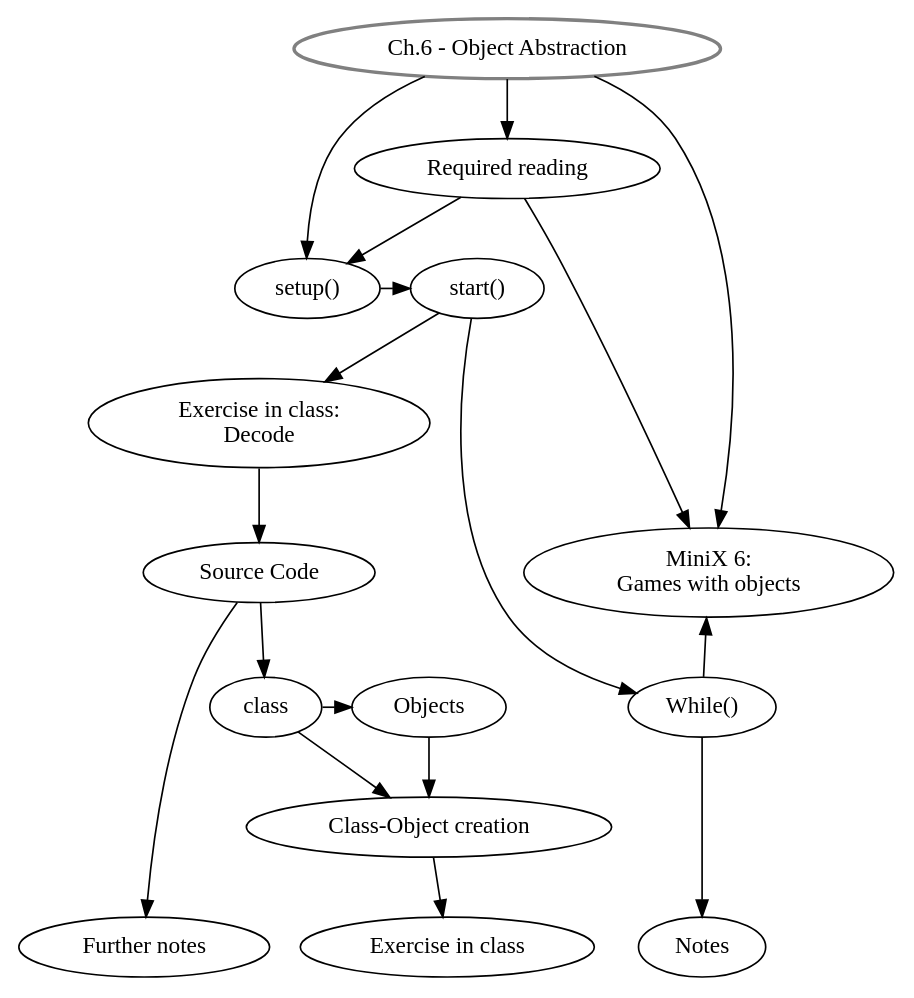
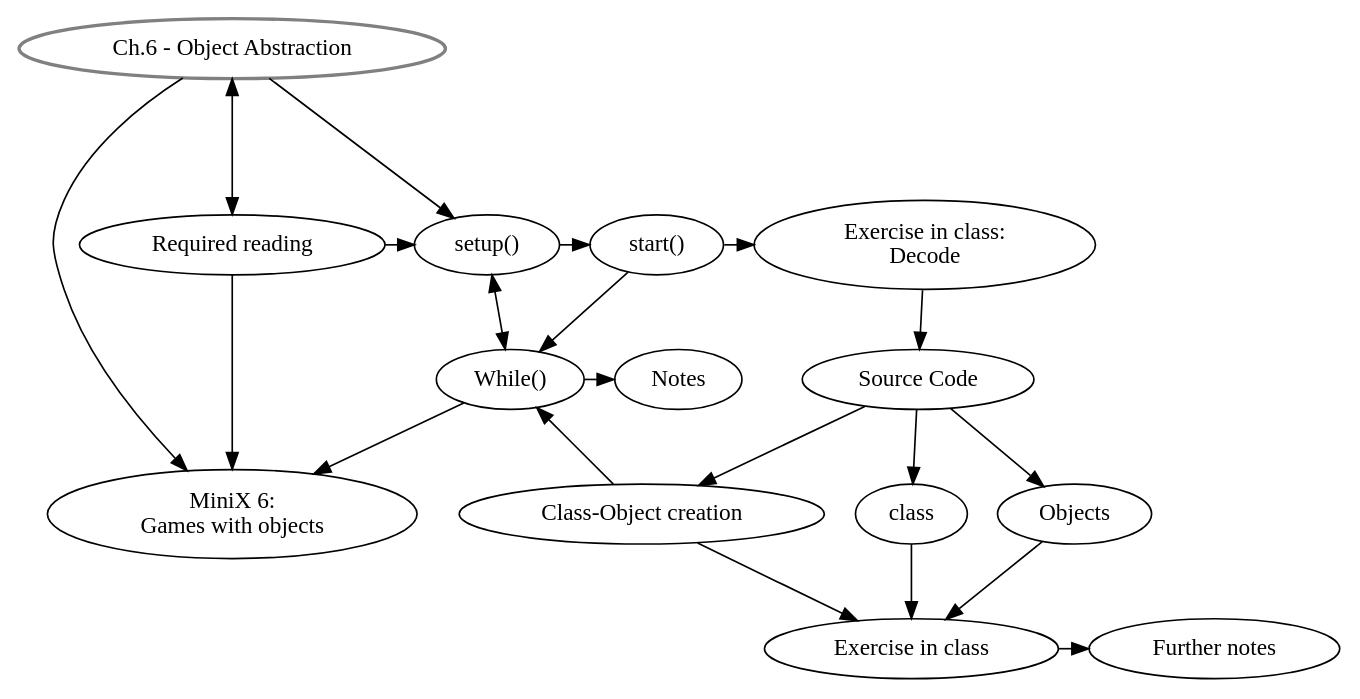
One commit to danbz/aesthetic-programming changed the diagram in graphviz/AP_ch6.dot. Above: the diagram before and after it, drawn with Graphviz. The commit also changed 2 other files, not shown here.

```diff
--- a/graphviz/AP_ch6.dot
+++ b/graphviz/AP_ch6.dot
@@ -1,40 +1,41 @@
 digraph G {
 //labels
 GS [
 label="Ch.6 - Object Abstraction",
 style=bold,
 color=grey,
 ]
 
 SU [label="setup()"]
 ST [label="start()"]
 DE [label="Exercise in class: \nDecode"]
 SC [label="Source Code"]
 CL [label="class"]
 OO [label="Objects"]
 COC [label="Class-Object creation"]
 EiC [label="Exercise in class"]
 FN [label="Further notes"]
 MW [label="While()"]
 MX [label="MiniX 6: \nGames with objects"]
 RR [label="Required reading"]
 Notes [label="Notes"]
 
 //rank
-{rank = same; SU, ST}
-{rank = same; MW, CL}
-{rank = same; CL, OO}
-{rank = same; MX, SC}
-{rank = same; FN, EiC}
-{rank = same; Notes, FN}
+{rank = same; SU, ST, DE}
+{rank = same; RR, DE}
+{rank = same; CL, OO, COC}
+{rank = same; CL, MX}
+{rank = same; EiC, FN}
+{rank = same; MW, Notes}
 
 //graph
 GS -> SU -> ST -> DE -> SC;
-GS -> RR, MX;
+GS -> MX;
+GS -> RR[dir=both, minlen=2];
+SU -> MW [dir=both];
 RR -> MX, SU;
-SC -> {CL, FN};
-CL -> OO;
-CL, OO -> COC -> EiC;
+SC -> {CL, OO, COC} -> EiC -> FN;
 ST -> MW -> Notes;
 MW -> MX;
+COC -> MW;
 }
```
